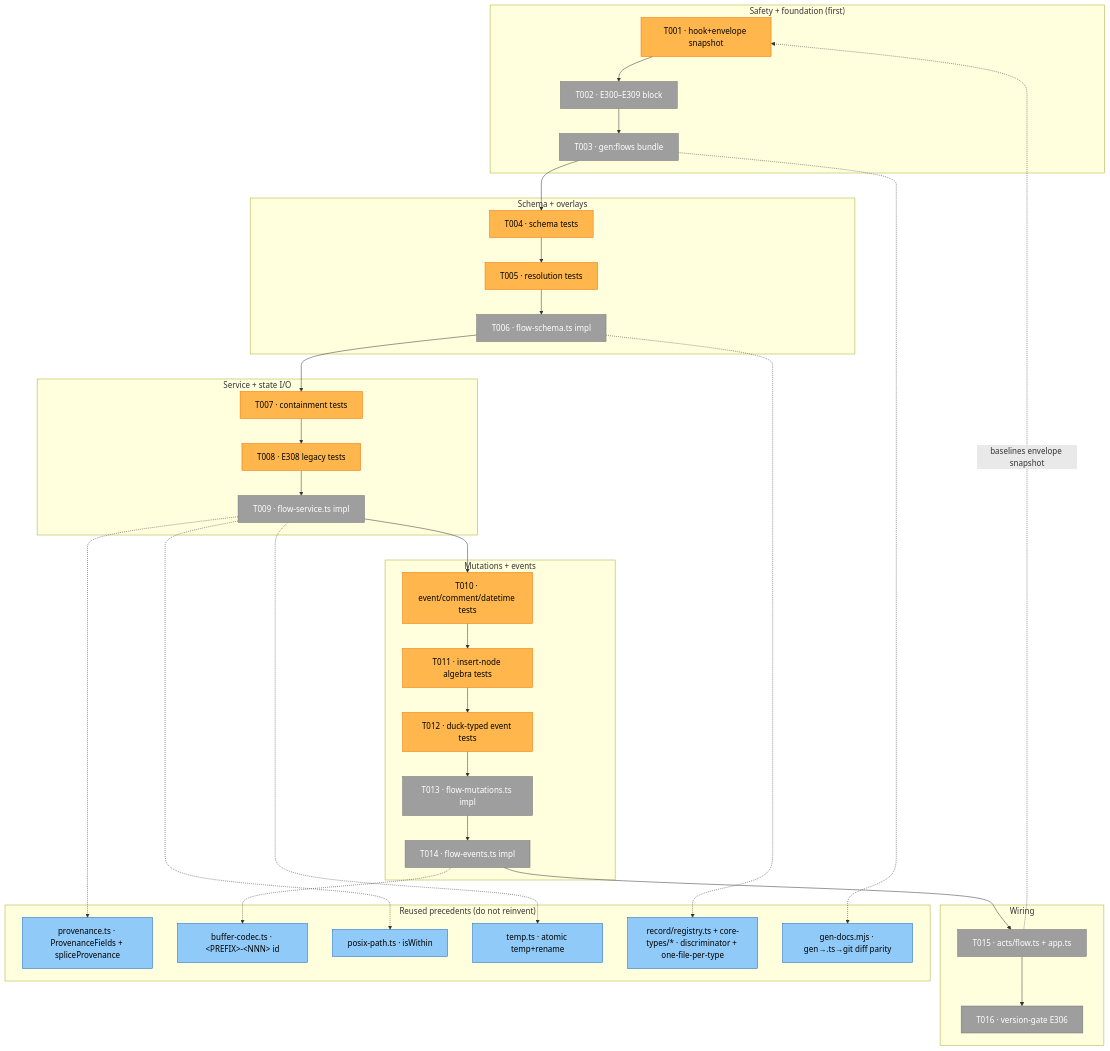
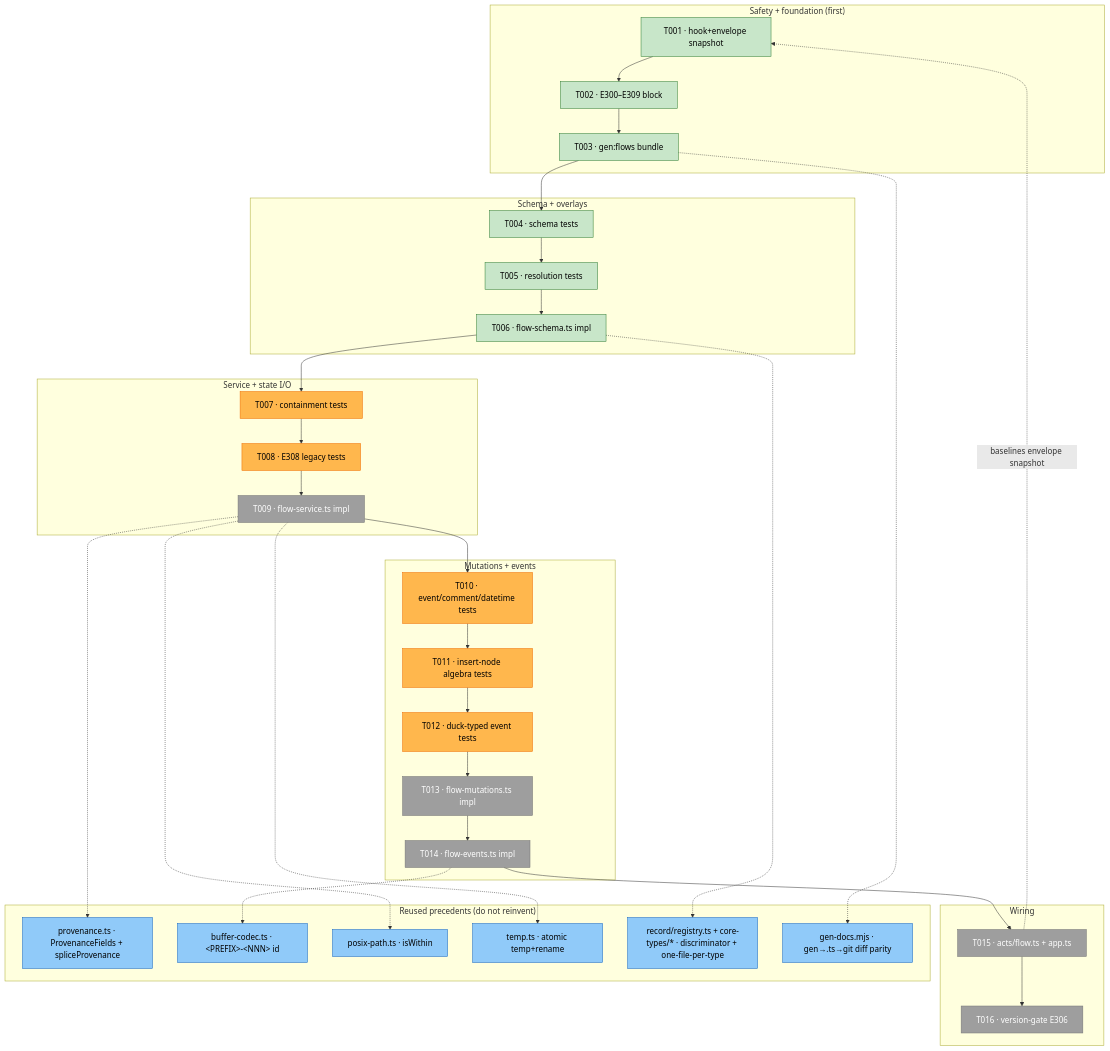
One commit to AI-Substrate/harness-engineering changed the first of 3 diagrams in docs/plans/024-first-class-flow-system/tasks/phase-1-flow-engine-schema-state-mutations-event-log/tasks.md. Above: the diagram before and after it, drawn with Mermaid. The commit also changed other lines of this file and 4 other files, not shown here.

````diff
--- a/docs/plans/024-first-class-flow-system/tasks/phase-1-flow-engine-schema-state-mutations-event-log/tasks.md
+++ b/docs/plans/024-first-class-flow-system/tasks/phase-1-flow-engine-schema-state-mutations-event-log/tasks.md
@@ -63,59 +63,61 @@
 ```mermaid
 flowchart TD
     classDef pending fill:#9E9E9E,stroke:#757575,color:#fff
     classDef test fill:#FFB74D,stroke:#EF6C00,color:#000
     classDef reuse fill:#90CAF9,stroke:#1565C0,color:#000
+    classDef completed fill:#C8E6C9,stroke:#2E7D32,color:#000
+    classDef inprogress fill:#FFE0B2,stroke:#EF6C00,color:#000
 
     subgraph Sensors["Safety + foundation (first)"]
-        T001["T001 · hook+envelope snapshot"]:::test
-        T002["T002 · E300–E309 block"]:::pending
-        T003["T003 · gen:flows bundle"]:::pending
+        T001["T001 · hook+envelope snapshot"]:::completed
+        T002["T002 · E300–E309 block"]:::completed
+        T003["T003 · gen:flows bundle"]:::completed
     end
 
     subgraph Schema["Schema + overlays"]
-        T004["T004 · schema tests"]:::test
-        T005["T005 · resolution tests"]:::test
-        T006["T006 · flow-schema.ts impl"]:::pending
+        T004["T004 · schema tests"]:::completed
+        T005["T005 · resolution tests"]:::completed
+        T006["T006 · flow-schema.ts impl"]:::completed
     end
 
     subgraph State["Service + state I/O"]
         T007["T007 · containment tests"]:::test
         T008["T008 · E308 legacy tests"]:::test
         T009["T009 · flow-service.ts impl"]:::pending
     end
 
     subgraph Mut["Mutations + events"]
         T010["T010 · event/comment/datetime tests"]:::test
         T011["T011 · insert-node algebra tests"]:::test
         T012["T012 · duck-typed event tests"]:::test
         T013["T013 · flow-mutations.ts impl"]:::pending
         T014["T014 · flow-events.ts impl"]:::pending
     end
 
     subgraph Wire["Wiring"]
         T015["T015 · acts/flow.ts + app.ts"]:::pending
         T016["T016 · version-gate E306"]:::pending
     end
 
     T001 --> T002 --> T003 --> T004 --> T005 --> T006
     T006 --> T007 --> T008 --> T009
     T009 --> T010 --> T011 --> T012 --> T013 --> T014
     T014 --> T015 --> T016
     T015 -. baselines envelope snapshot .-> T001
 
     subgraph Reuse["Reused precedents (do not reinvent)"]
         R1["provenance.ts · ProvenanceFields + spliceProvenance"]:::reuse
         R2["buffer-codec.ts · &lt;PREFIX&gt;-&lt;NNN&gt; id"]:::reuse
         R3["posix-path.ts · isWithin"]:::reuse
         R4["temp.ts · atomic temp+rename"]:::reuse
         R5["record/registry.ts + core-types/* · discriminator + one-file-per-type"]:::reuse
         R6["gen-docs.mjs · gen→.ts→git diff parity"]:::reuse
     end
 
     T009 -.-> R1
     T009 -.-> R3
     T009 -.-> R4
     T014 -.-> R2
     T006 -.-> R5
     T003 -.-> R6
 ```
````
